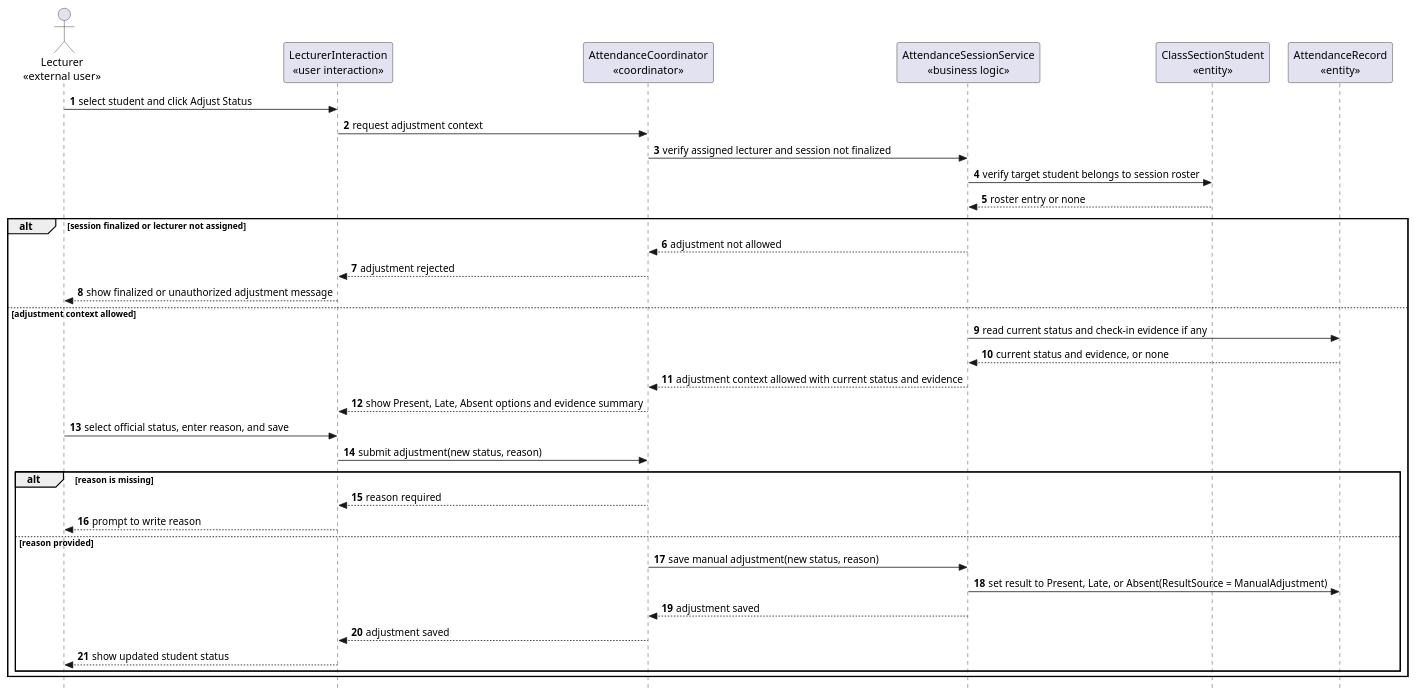
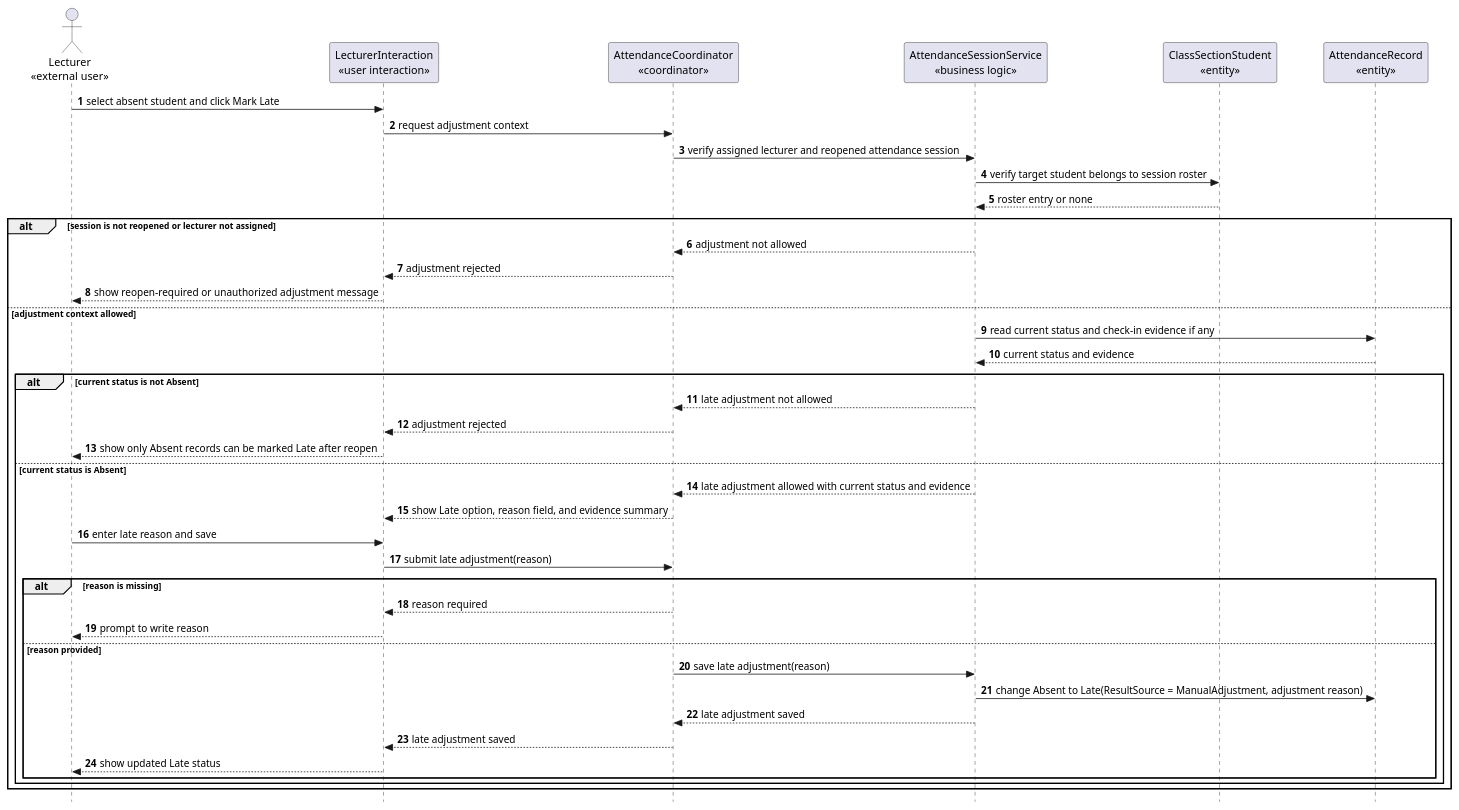
One commit to nttung42/SWD392 changed diagram 19 of 26 in docs/rds/2_Analysis.md. Above: the diagram before and after it, drawn with PlantUML. The commit also changed other lines of this file and 2 other files, not shown here.

````diff
--- a/docs/rds/2_Analysis.md
+++ b/docs/rds/2_Analysis.md
@@ -863,42 +879,49 @@
 ```plantuml
 @startuml
 skinparam style strictuml
 autonumber
 actor "Lecturer\n«external user»" as Lecturer
 participant "LecturerInteraction\n«user interaction»" as LecturerUI
 participant "AttendanceCoordinator\n«coordinator»" as AdjustmentControl
 participant "AttendanceSessionService\n«business logic»" as SessionRules
 participant "ClassSectionStudent\n«entity»" as ClassSectionStudent
 participant "AttendanceRecord\n«entity»" as AttendanceRecord
 
-Lecturer -> LecturerUI : select student and click Adjust Status
+Lecturer -> LecturerUI : select absent student and click Mark Late
 LecturerUI -> AdjustmentControl : request adjustment context
-AdjustmentControl -> SessionRules : verify assigned lecturer and session not finalized
+AdjustmentControl -> SessionRules : verify assigned lecturer and reopened attendance session
 SessionRules -> ClassSectionStudent : verify target student belongs to session roster
 ClassSectionStudent --> SessionRules : roster entry or none
 
-alt session finalized or lecturer not assigned
+alt session is not reopened or lecturer not assigned
   SessionRules --> AdjustmentControl : adjustment not allowed
   AdjustmentControl --> LecturerUI : adjustment rejected
-  LecturerUI --> Lecturer : show finalized or unauthorized adjustment message
+  LecturerUI --> Lecturer : show reopen-required or unauthorized adjustment message
 else adjustment context allowed
   SessionRules -> AttendanceRecord : read current status and check-in evidence if any
-  AttendanceRecord --> SessionRules : current status and evidence, or none
-  SessionRules --> AdjustmentControl : adjustment context allowed with current status and evidence
-  AdjustmentControl --> LecturerUI : show Present, Late, Absent options and evidence summary
-  Lecturer -> LecturerUI : select official status, enter reason, and save
-  LecturerUI -> AdjustmentControl : submit adjustment(new status, reason)
+  AttendanceRecord --> SessionRules : current status and evidence
 
-  alt reason is missing
-    AdjustmentControl --> LecturerUI : reason required
-    LecturerUI --> Lecturer : prompt to write reason
-  else reason provided
-    AdjustmentControl -> SessionRules : save manual adjustment(new status, reason)
-    SessionRules -> AttendanceRecord : set result to Present, Late, or Absent(ResultSource = ManualAdjustment)
-    SessionRules --> AdjustmentControl : adjustment saved
-    AdjustmentControl --> LecturerUI : adjustment saved
-    LecturerUI --> Lecturer : show updated student status
+  alt current status is not Absent
+    SessionRules --> AdjustmentControl : late adjustment not allowed
+    AdjustmentControl --> LecturerUI : adjustment rejected
+    LecturerUI --> Lecturer : show only Absent records can be marked Late after reopen
+  else current status is Absent
+    SessionRules --> AdjustmentControl : late adjustment allowed with current status and evidence
+    AdjustmentControl --> LecturerUI : show Late option, reason field, and evidence summary
+    Lecturer -> LecturerUI : enter late reason and save
+    LecturerUI -> AdjustmentControl : submit late adjustment(reason)
+
+    alt reason is missing
+      AdjustmentControl --> LecturerUI : reason required
+      LecturerUI --> Lecturer : prompt to write reason
+    else reason provided
+      AdjustmentControl -> SessionRules : save late adjustment(reason)
+      SessionRules -> AttendanceRecord : change Absent to Late(ResultSource = ManualAdjustment, adjustment reason)
+      SessionRules --> AdjustmentControl : late adjustment saved
+      AdjustmentControl --> LecturerUI : late adjustment saved
+      LecturerUI --> Lecturer : show updated Late status
+    end
   end
 end
 @enduml
 ```
````
